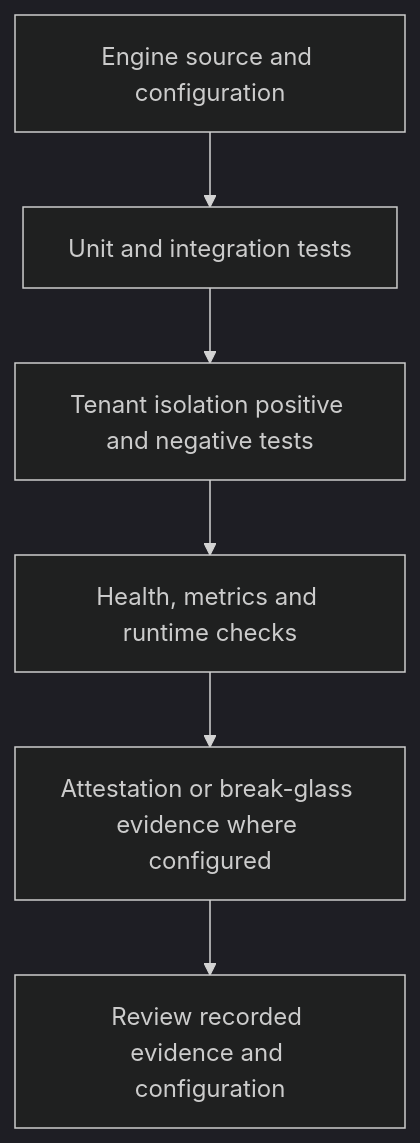
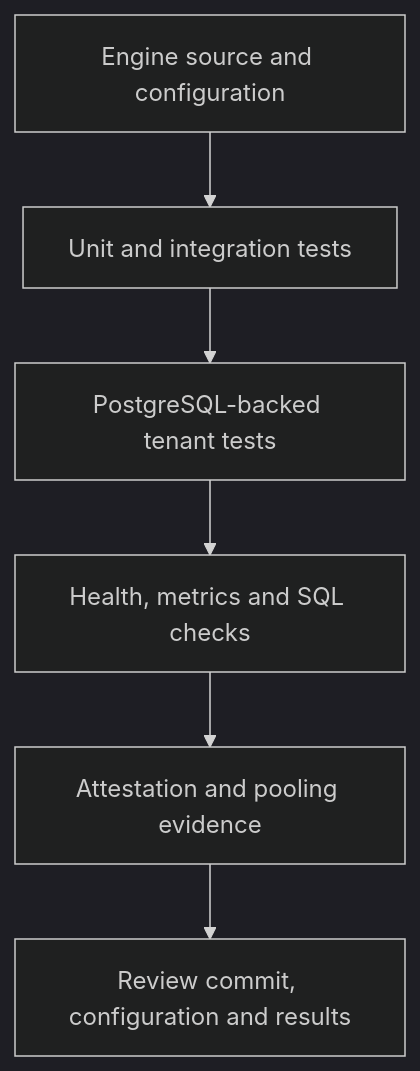
Before and after one commit to Agata-Proxima/proxima-engine: the diagram in docs/VERIFICATION.md, drawn with Mermaid (dark theme). The commit also changed other lines of this file, not shown here.

Commit message:
Clarify automated verification coverage and link recorded PgBouncer evidence

````diff
--- a/docs/VERIFICATION.md
+++ b/docs/VERIFICATION.md
@@ -7,8 +7,8 @@
 ```mermaid
 flowchart TD
-  Source[Engine source and configuration] --> Tests[Unit and integration tests]
-  Tests --> Isolation[Tenant isolation positive and negative tests]
-  Isolation --> Runtime[Health, metrics and runtime checks]
-  Runtime --> Evidence[Attestation or break-glass evidence where configured]
-  Evidence --> Review[Review recorded evidence and configuration]
+  Source[Engine source and configuration] --> Rust[Unit and integration tests]
+  Rust --> PG[PostgreSQL-backed tenant tests]
+  PG --> Runtime[Health, metrics and SQL checks]
+  Runtime --> Evidence[Attestation and pooling evidence]
+  Evidence --> Review[Review commit, configuration and results]
 ```
````
